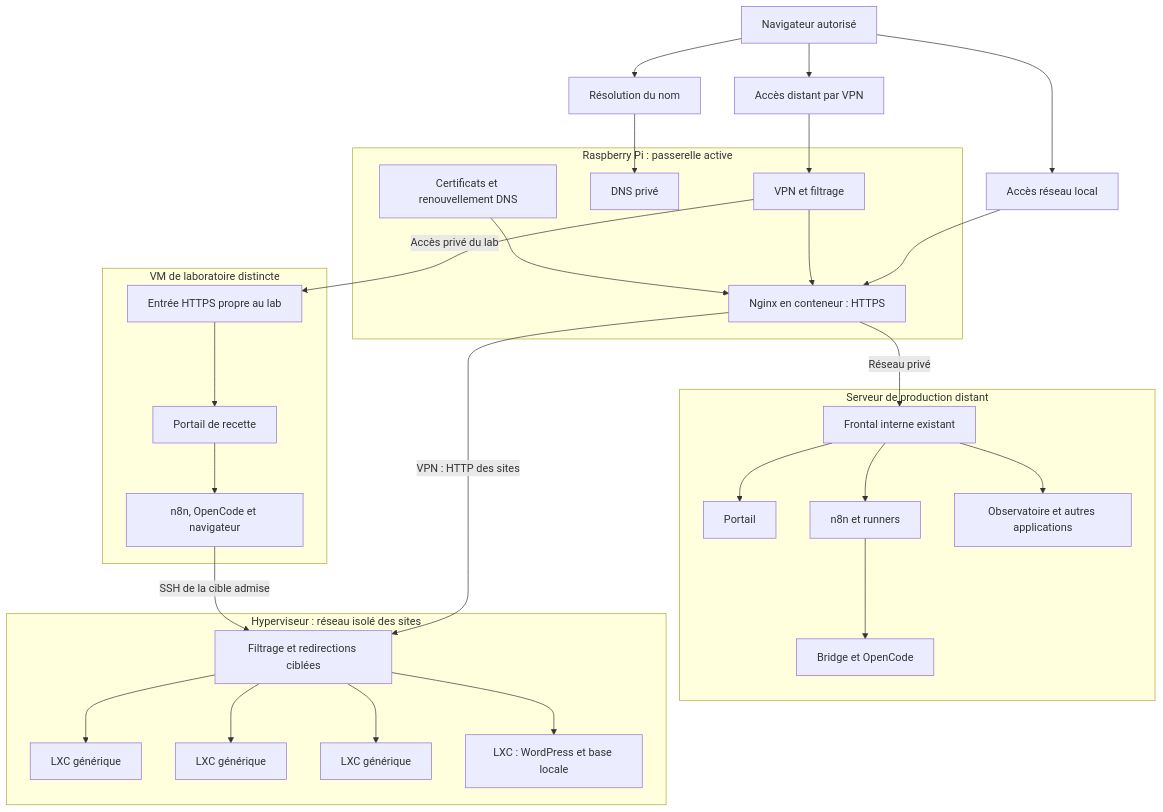
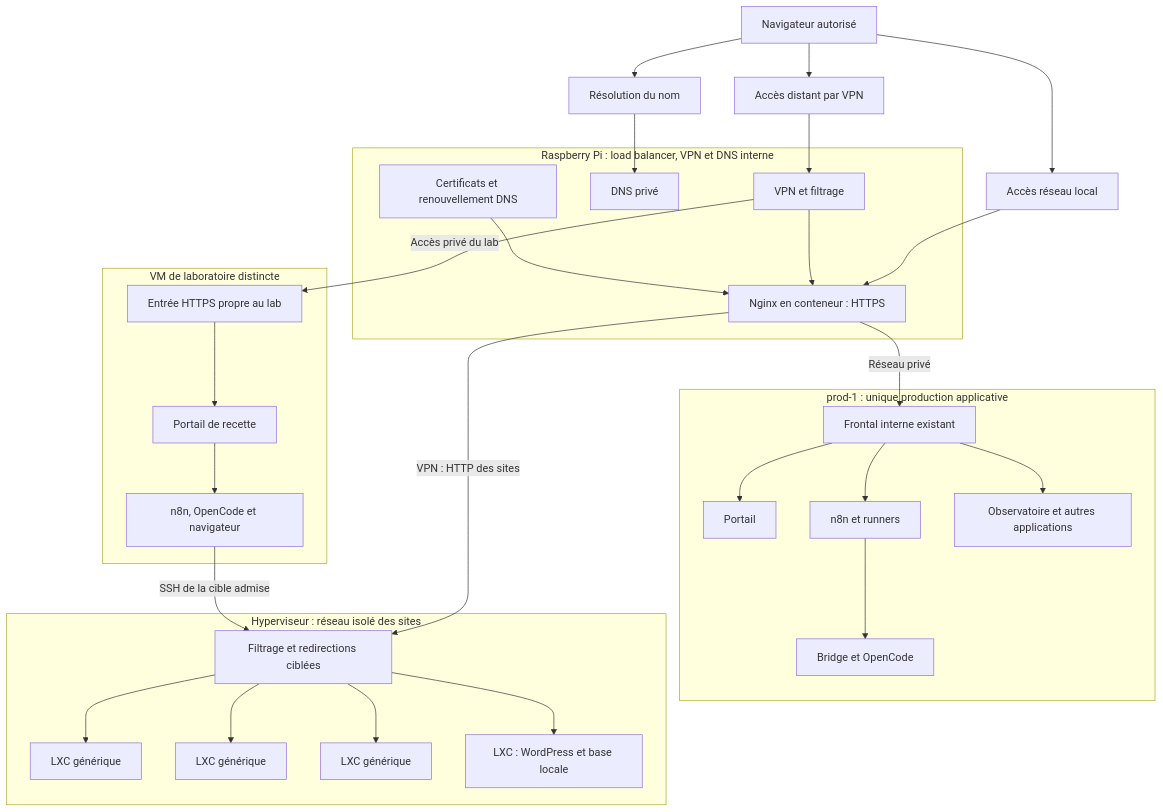
One commit to yanisAitlamine/repo-partage-humains changed the first of 10 diagrams in documentation yanis/ARCHITECTURE.md. Above: the diagram before and after it, drawn with Mermaid. The commit also changed other lines of this file and 12 other files, not shown here.

Commit message:
docs: clarify prod-1 as sole application production target

````diff
--- a/documentation yanis/ARCHITECTURE.md
+++ b/documentation yanis/ARCHITECTURE.md
@@ -46,50 +57,50 @@
 ```mermaid
 flowchart TB
   Browser["Navigateur autorisé"] --> DNS["Résolution du nom"]
   Browser --> Local["Accès réseau local"]
   Browser --> Remote["Accès distant par VPN"]
-  subgraph Pi["Raspberry Pi : passerelle active"]
+  subgraph Pi["Raspberry Pi : load balancer, VPN et DNS interne"]
     VPN["VPN et filtrage"]
     PrivateDNS["DNS privé"]
     Nginx["Nginx en conteneur : HTTPS"]
     Certs["Certificats et renouvellement DNS"]
   end
   DNS --> PrivateDNS
   Local --> Nginx
   Remote --> VPN
   VPN --> Nginx
   Certs --> Nginx
-  subgraph Production["Serveur de production distant"]
+  subgraph Production["prod-1 : unique production applicative"]
     Front["Frontal interne existant"]
     Portal["Portail"]
     Automation["n8n et runners"]
     Engine["Bridge et OpenCode"]
     Apps["Observatoire et autres applications"]
   end
   Nginx -->|"Réseau privé"| Front
   Front --> Portal
   Front --> Automation
   Front --> Apps
   Automation --> Engine
   subgraph Targets["Hyperviseur : réseau isolé des sites"]
     Guard["Filtrage et redirections ciblées"]
     One["LXC générique"]
     Two["LXC générique"]
     Three["LXC générique"]
     Four["LXC : WordPress et base locale"]
   end
   Nginx -->|"VPN : HTTP des sites"| Guard
   Guard --> One
   Guard --> Two
   Guard --> Three
   Guard --> Four
   subgraph Lab["VM de laboratoire distincte"]
     LabFront["Entrée HTTPS propre au lab"]
     Workshop["Portail de recette"]
     Tools["n8n, OpenCode et navigateur"]
   end
   VPN -->|"Accès privé du lab"| LabFront
   LabFront --> Workshop
   Workshop --> Tools
   Tools -->|"SSH de la cible admise"| Guard
 ```
````
